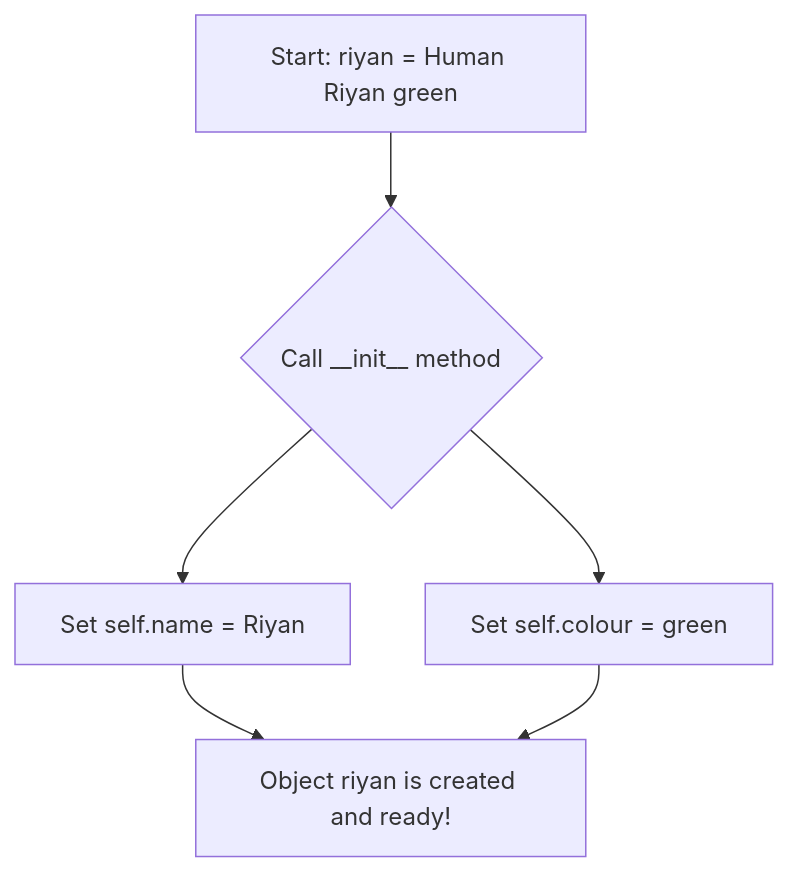
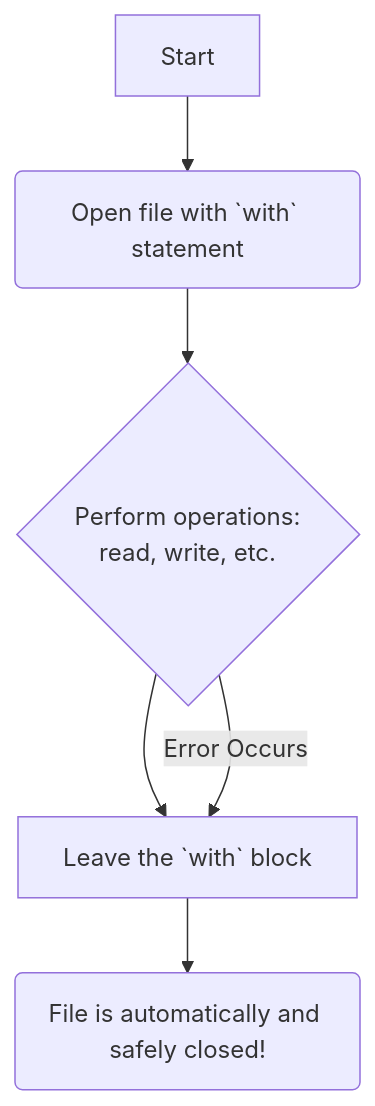
Before and after one commit to riyann00b/SDHub-DS: the second of 2 diagrams in README.md, drawn with Mermaid. The commit also changed other lines of this file, not shown here.

````diff
--- a/README.md
+++ b/README.md
@@ -271,8 +216,8 @@
-```mermaid
-graph TD
-    A[Start: riyan = Human Riyan green] --> B{Call __init__ method}
-    B --> C[Set self.name = Riyan]
-    B --> D[Set self.colour = green]
-    C --> E[Object riyan is created and ready!]
-    D --> E
-```
+    ```mermaid
+    graph TD
+        A[Start] --> B(Open file with `with` statement);
+        B --> C{Perform operations: <br> read, write, etc.};
+        C --> D[Leave the `with` block];
+        D --> E(File is automatically and safely closed!);
+        C -- Error Occurs --> D;
+    ```
````
